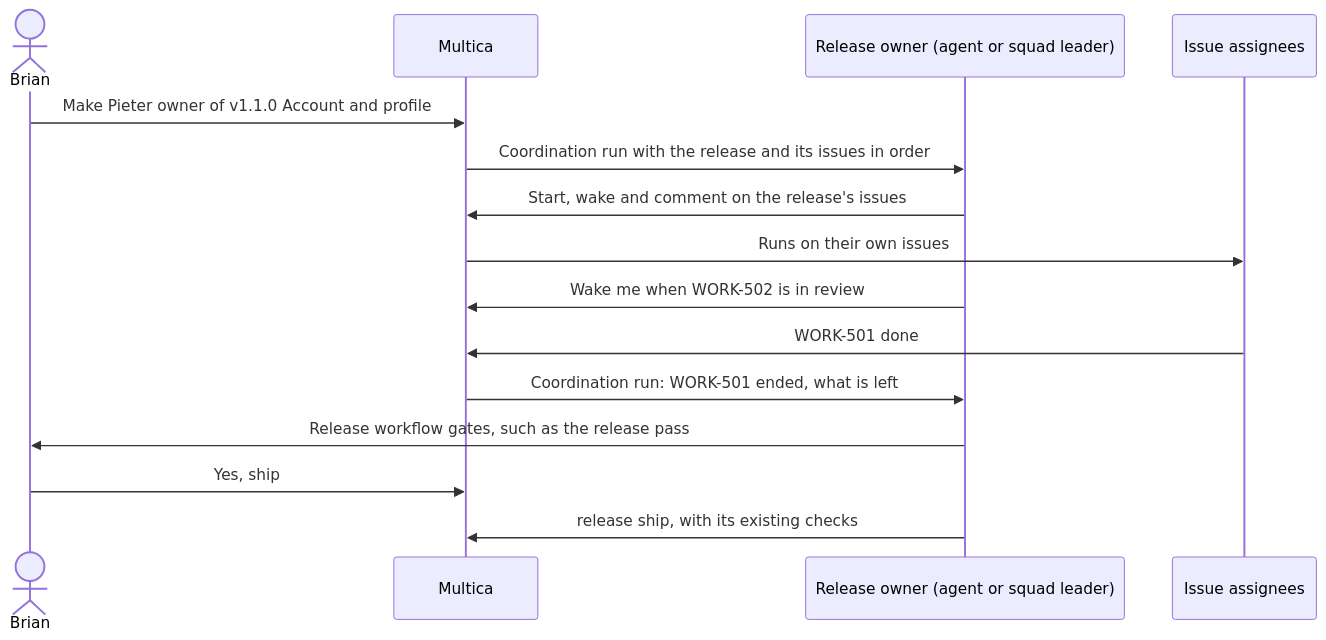
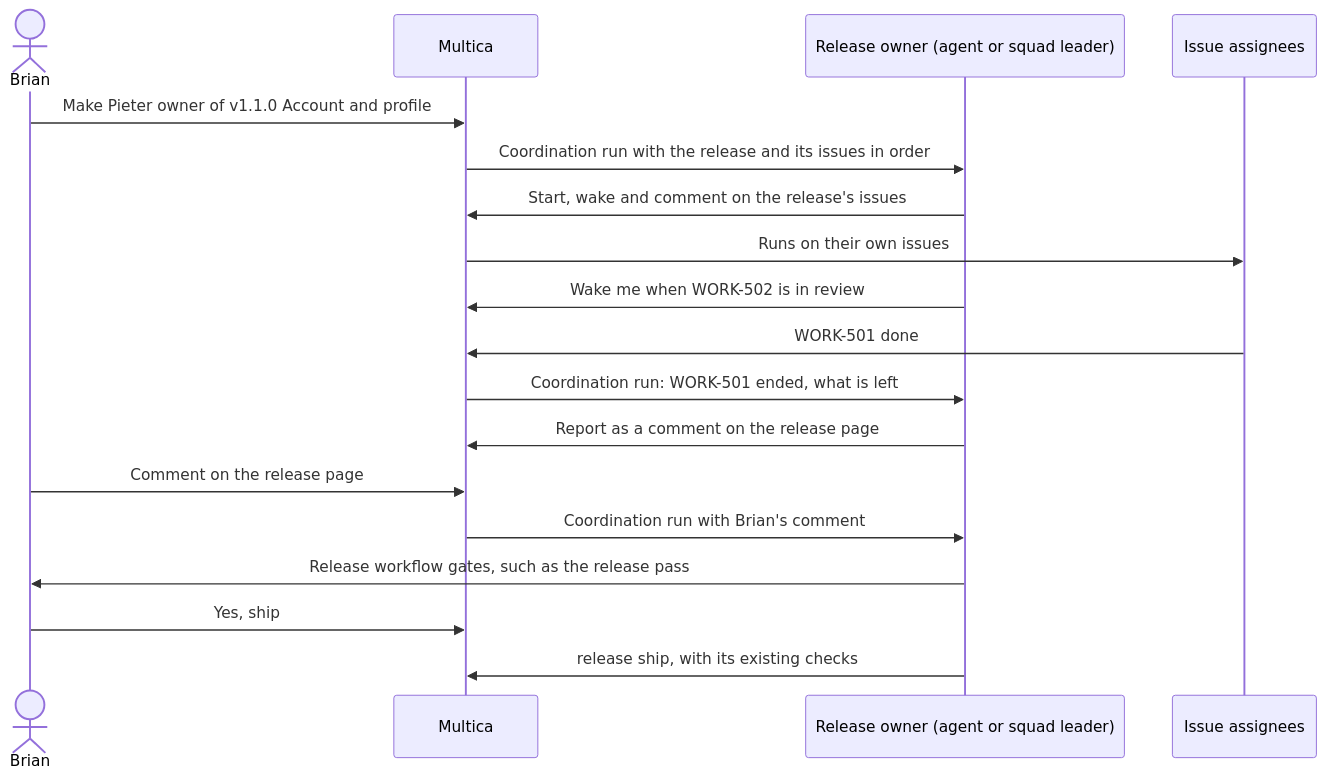
Before and after one commit to appboypov/multica: the diagram in specs/openspec/changes/release-owner/proposal.md, drawn with Mermaid. The commit also changed other lines of this file and 3 other files, not shown here.

Commit message:
docs(specs): add release page to release owner (WORK-1157)

````diff
--- a/specs/openspec/changes/release-owner/proposal.md
+++ b/specs/openspec/changes/release-owner/proposal.md
@@ -3,17 +3,20 @@
 ```mermaid
 sequenceDiagram
     actor Brian
     participant Multica
     participant Owner as Release owner (agent or squad leader)
     participant Workers as Issue assignees
     Brian->>Multica: Make Pieter owner of v1.1.0 Account and profile
     Multica->>Owner: Coordination run with the release and its issues in order
     Owner->>Multica: Start, wake and comment on the release's issues
     Multica->>Workers: Runs on their own issues
     Owner->>Multica: Wake me when WORK-502 is in review
     Workers->>Multica: WORK-501 done
     Multica->>Owner: Coordination run: WORK-501 ended, what is left
+    Owner->>Multica: Report as a comment on the release page
+    Brian->>Multica: Comment on the release page
+    Multica->>Owner: Coordination run with Brian's comment
     Owner->>Brian: Release workflow gates, such as the release pass
     Brian->>Multica: Yes, ship
     Owner->>Multica: release ship, with its existing checks
 ```
````
